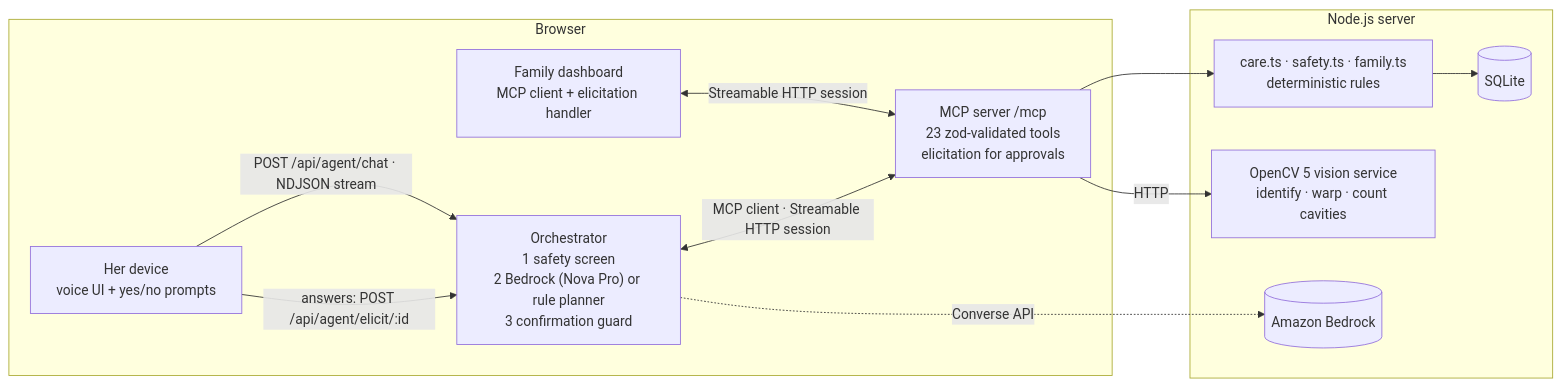
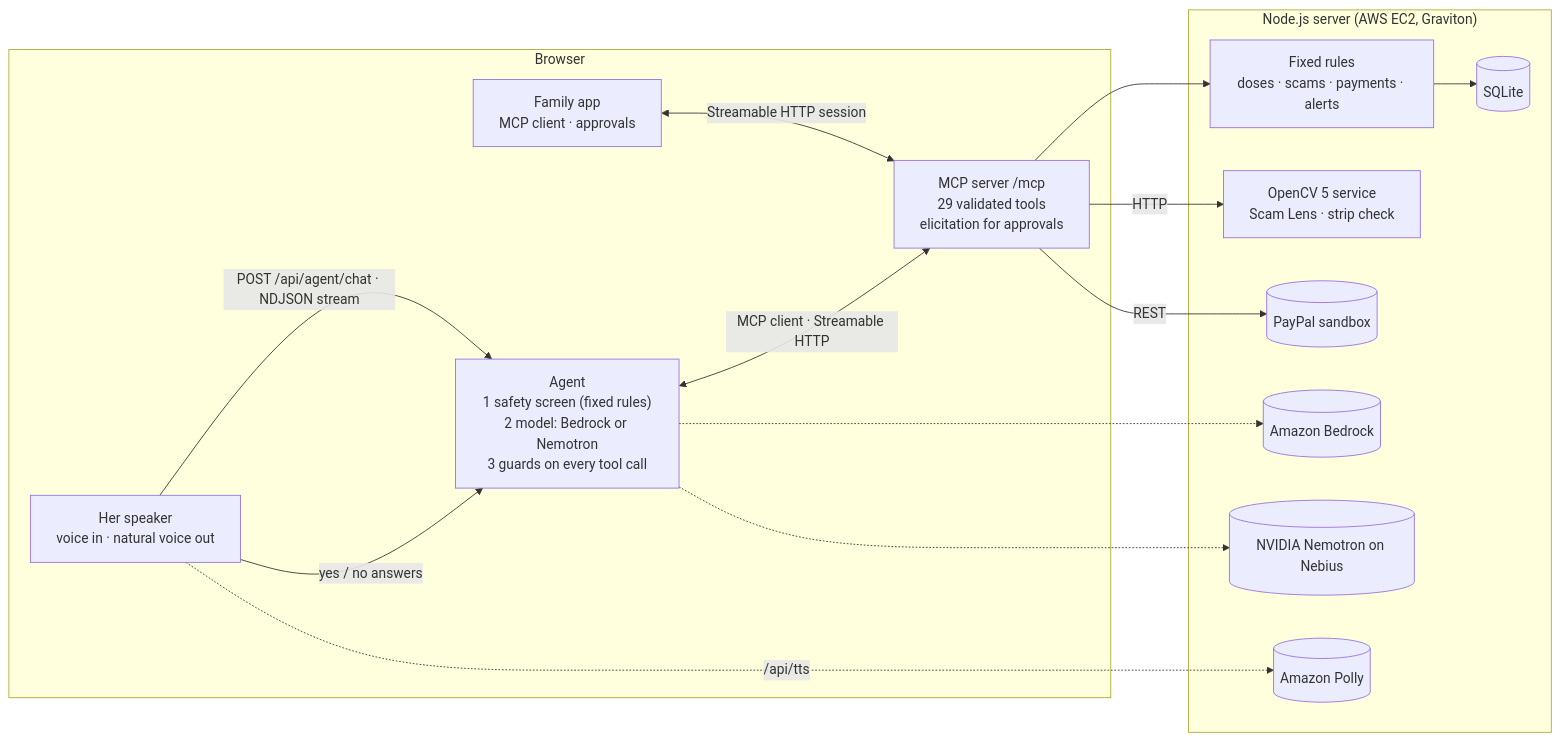
Before and after one commit to Ohi-Me/CaringU: the diagram in README.md, drawn with Mermaid. The commit also changed other lines of this file and 22 other files, not shown here.

Commit message:
Times in Asha's zone with the viewer's own clock in the corner; cleaner How it's built and README; older interim reports and personal notes moved out of the repo; PayPal signs in again when permissions change

````diff
--- a/README.md
+++ b/README.md
@@ -104,15 +105,18 @@
 ```mermaid
 flowchart LR
   subgraph Browser
-    V["Her device<br/>voice UI + yes/no prompts"] -->|POST /api/agent/chat · NDJSON stream| A
-    V -->|answers: POST /api/agent/elicit/:id| A
-    D["Family dashboard<br/>MCP client + elicitation handler"] <-->|Streamable HTTP session| M
+    V["Her speaker<br/>voice in · natural voice out"] -->|POST /api/agent/chat · NDJSON stream| A
+    V -->|yes / no answers| A
+    D["Family app<br/>MCP client · approvals"] <-->|Streamable HTTP session| M
   end
-  subgraph Server ["Node.js server"]
-    A["Orchestrator<br/>1 safety screen<br/>2 Bedrock (Nova Pro) or rule planner<br/>3 confirmation guard"] <-->|MCP client · Streamable HTTP session| M["MCP server /mcp<br/>23 zod-validated tools<br/>elicitation for approvals"]
-    M --> C["care.ts · safety.ts · family.ts<br/>deterministic rules"]
-    M -->|HTTP| CV["OpenCV 5 vision service<br/>identify · warp · count cavities"]
+  subgraph Server ["Node.js server (AWS EC2, Graviton)"]
+    A["Agent<br/>1 safety screen (fixed rules)<br/>2 model: Bedrock or Nemotron<br/>3 guards on every tool call"] <-->|MCP client · Streamable HTTP| M["MCP server /mcp<br/>29 validated tools<br/>elicitation for approvals"]
+    M --> C["Fixed rules<br/>doses · scams · payments · alerts"]
     C --> DB[(SQLite)]
-    A -.->|Converse API| B[(Amazon Bedrock)]
+    M -->|HTTP| CV["OpenCV 5 service<br/>Scam Lens · strip check"]
+    M -->|REST| PP[(PayPal sandbox)]
+    A -.-> B[(Amazon Bedrock)]
+    A -.-> N[(NVIDIA Nemotron on Nebius)]
+    V -.->|/api/tts| P[(Amazon Polly)]
   end
 ```
````
